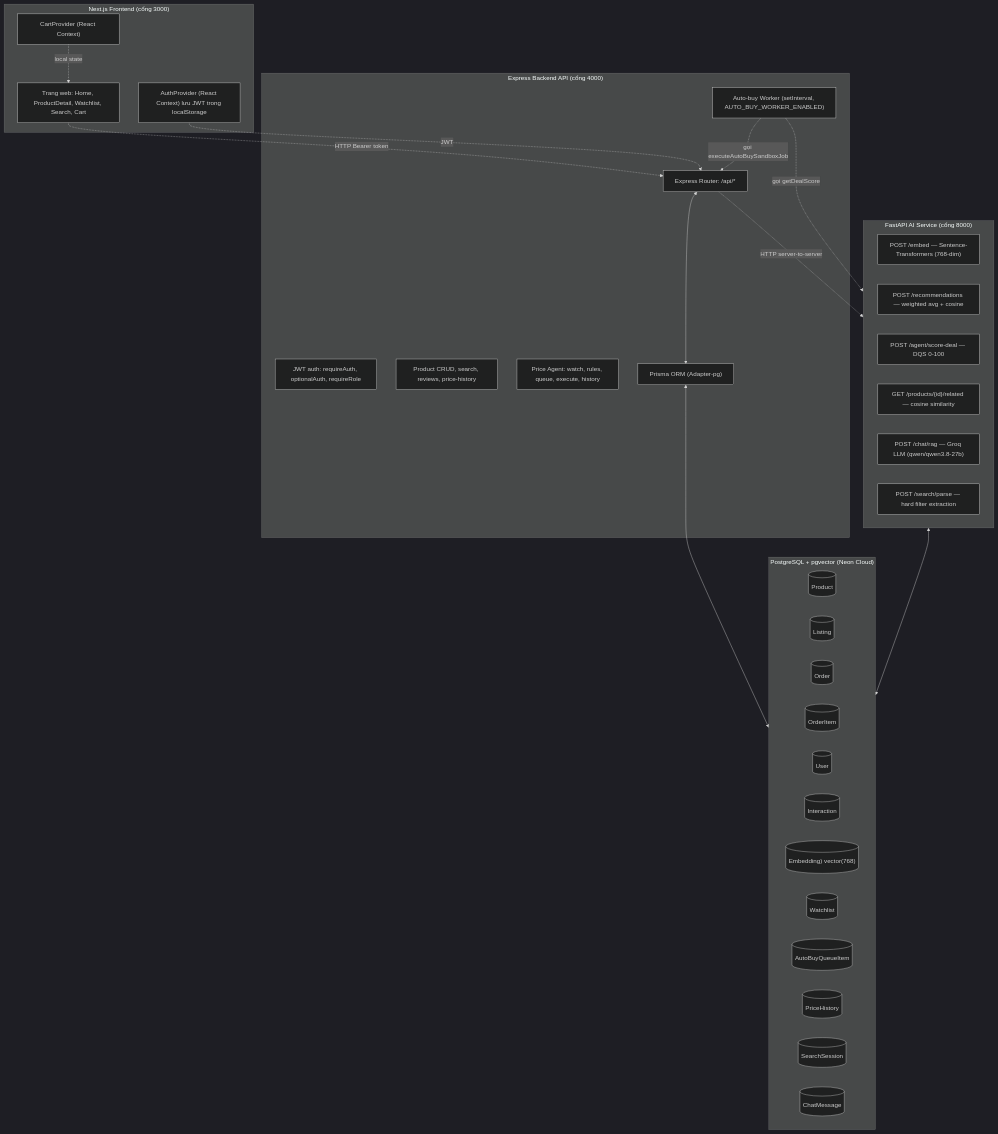
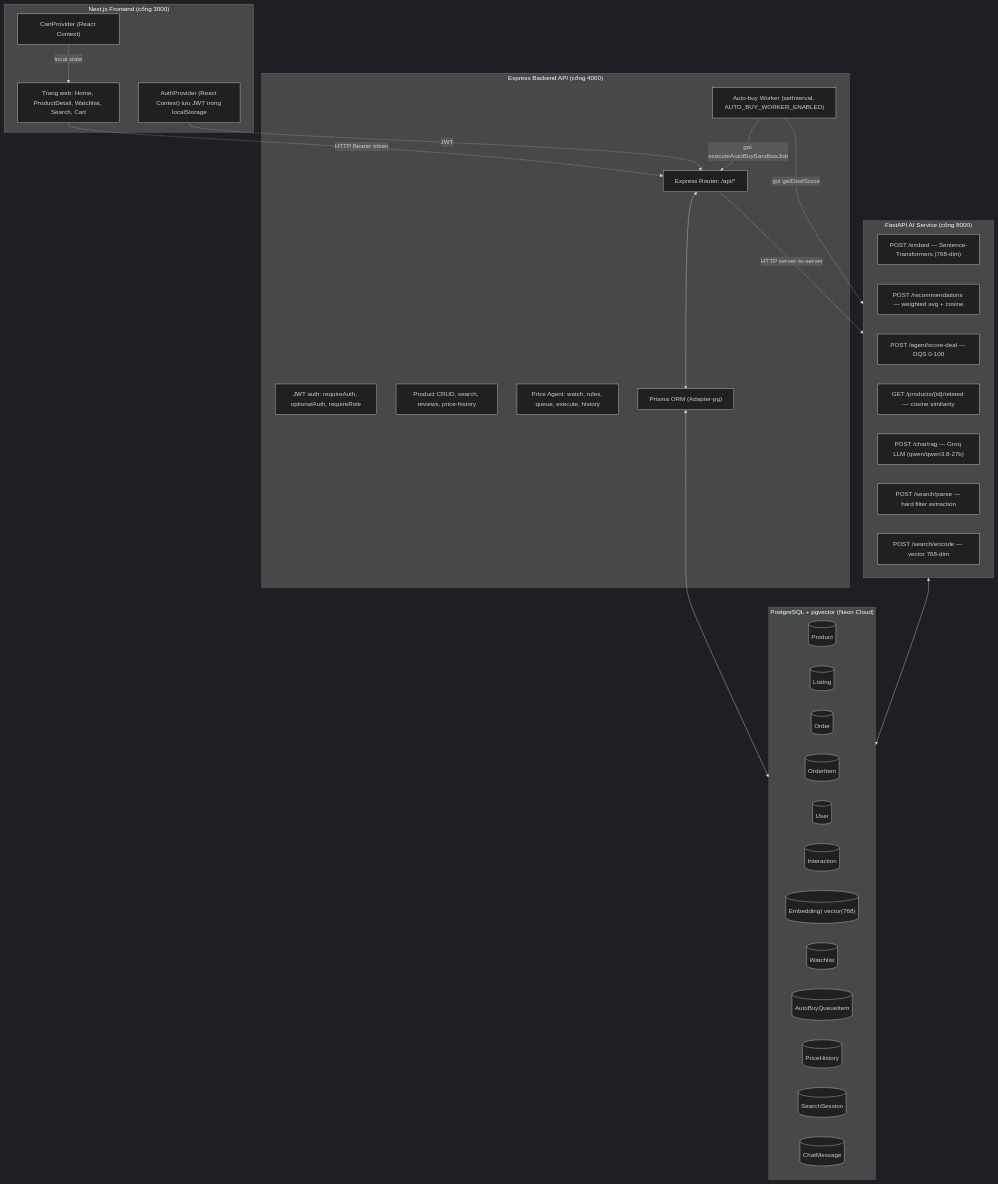
One commit to hoangnguyen412/eamora-ai-shop changed the first of 6 diagrams in docs/ARCHITECTURE.md. Above: the diagram before and after it, drawn with Mermaid (dark theme). The commit also changed other lines of this file and 9 other files, not shown here.

````diff
--- a/docs/ARCHITECTURE.md
+++ b/docs/ARCHITECTURE.md
@@ -20,54 +24,55 @@
 ```mermaid
 graph TB
     subgraph Frontend["Next.js Frontend (cổng 3000)"]
         UI["Trang web: Home, ProductDetail, Watchlist, Search, Cart"]
         AuthProvider["AuthProvider (React Context) lưu JWT trong localStorage"]
         CartProvider["CartProvider (React Context)"]
     end
 
     subgraph Backend["Express Backend API (cổng 4000)"]
         APIRouter["Express Router: /api/*"]
         Auth["JWT auth: requireAuth, optionalAuth, requireRole"]
         ProductCtrl["Product CRUD, search, reviews, price-history"]
         AgentCtrl["Price Agent: watch, rules, queue, execute, history"]
         Worker["Auto-buy Worker (setInterval, AUTO_BUY_WORKER_ENABLED)"]
         Prisma["Prisma ORM (Adapter-pg)"]
     end
 
     subgraph AIService["FastAPI AI Service (cổng 8000)"]
         Embed["POST /embed — Sentence-Transformers (768-dim)"]
         Rec["POST /recommendations — weighted avg + cosine"]
         Score["POST /agent/score-deal — DQS 0-100"]
         Related["GET /products/{id}/related — cosine similarity"]
         Chat["POST /chat/rag — Groq LLM (qwen/qwen3.8-27b)"]
         Parse["POST /search/parse — hard filter extraction"]
+        Encode["POST /search/encode — vector 768-dim"]
     end
 
     subgraph DB["PostgreSQL + pgvector (Neon Cloud)"]
         Product[("Product")]
         Listing[("Listing")]
         Order[("Order")]
         OrderItem[("OrderItem")]
         User[("User")]
         Interaction[("Interaction")]
         Embedding[("Embedding) vector(768)")]
         Watchlist[("Watchlist")]
         AutoBuyQueueItem[("AutoBuyQueueItem")]
         PriceHistory[("PriceHistory")]
         SearchSession[("SearchSession")]
         ChatMessage[("ChatMessage")]
     end
 
     UI -.->|HTTP Bearer token| APIRouter
     AuthProvider -.->|JWT| APIRouter
     CartProvider -.->|local state| UI
 
     APIRouter <--> Prisma
     Prisma <--> DB
 
     APIRouter -.->|HTTP server-to-server| AIService
     AIService <--> DB
 
     Worker -.->|gọi executeAutoBuySandboxJob| APIRouter
     Worker -.->|gọi getDealScore| AIService
 ```
````
